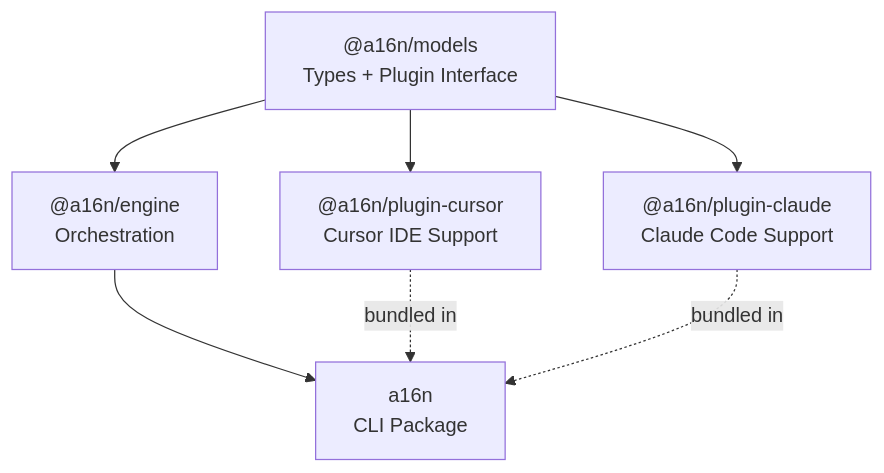
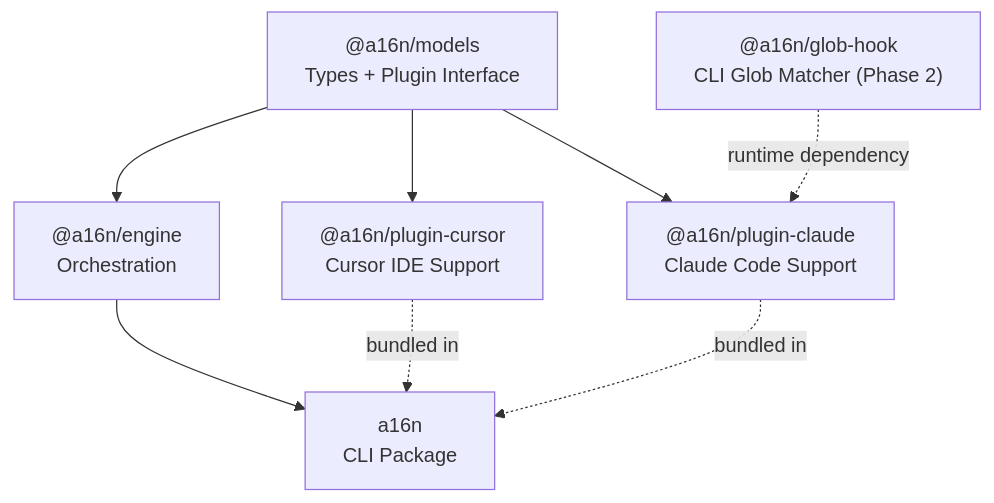
One commit to Texarkanine/a16n changed the diagram in planning/ARCHITECTURE.md. Above: the diagram before and after it, drawn with Mermaid. The commit also changed other lines of this file and 9 other files, not shown here.

Commit message:
chore: planned glob-hook

````diff
--- a/planning/ARCHITECTURE.md
+++ b/planning/ARCHITECTURE.md
@@ -25,15 +26,17 @@
 ```mermaid
 flowchart TD
     models["@a16n/models<br/>Types + Plugin Interface"]
     engine["@a16n/engine<br/>Orchestration"]
     cursor["@a16n/plugin-cursor<br/>Cursor IDE Support"]
     claude["@a16n/plugin-claude<br/>Claude Code Support"]
+    globhook["@a16n/glob-hook<br/>CLI Glob Matcher (Phase 2)"]
     cli["a16n<br/>CLI Package"]
 
     models --> engine
     models --> cursor
     models --> claude
     engine --> cli
     cursor -.->|"bundled in"| cli
     claude -.->|"bundled in"| cli
+    globhook -.->|"runtime dependency"| claude
 ```
````
